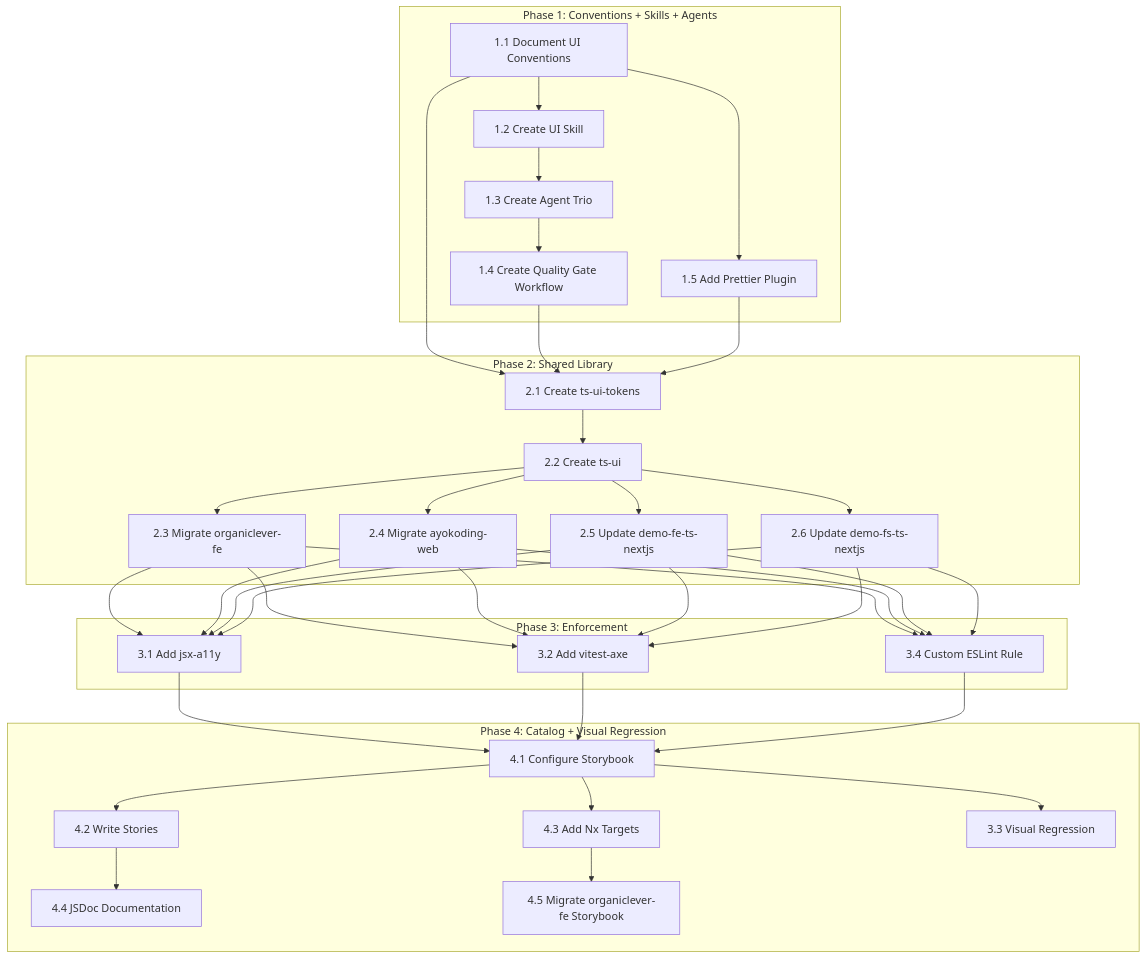
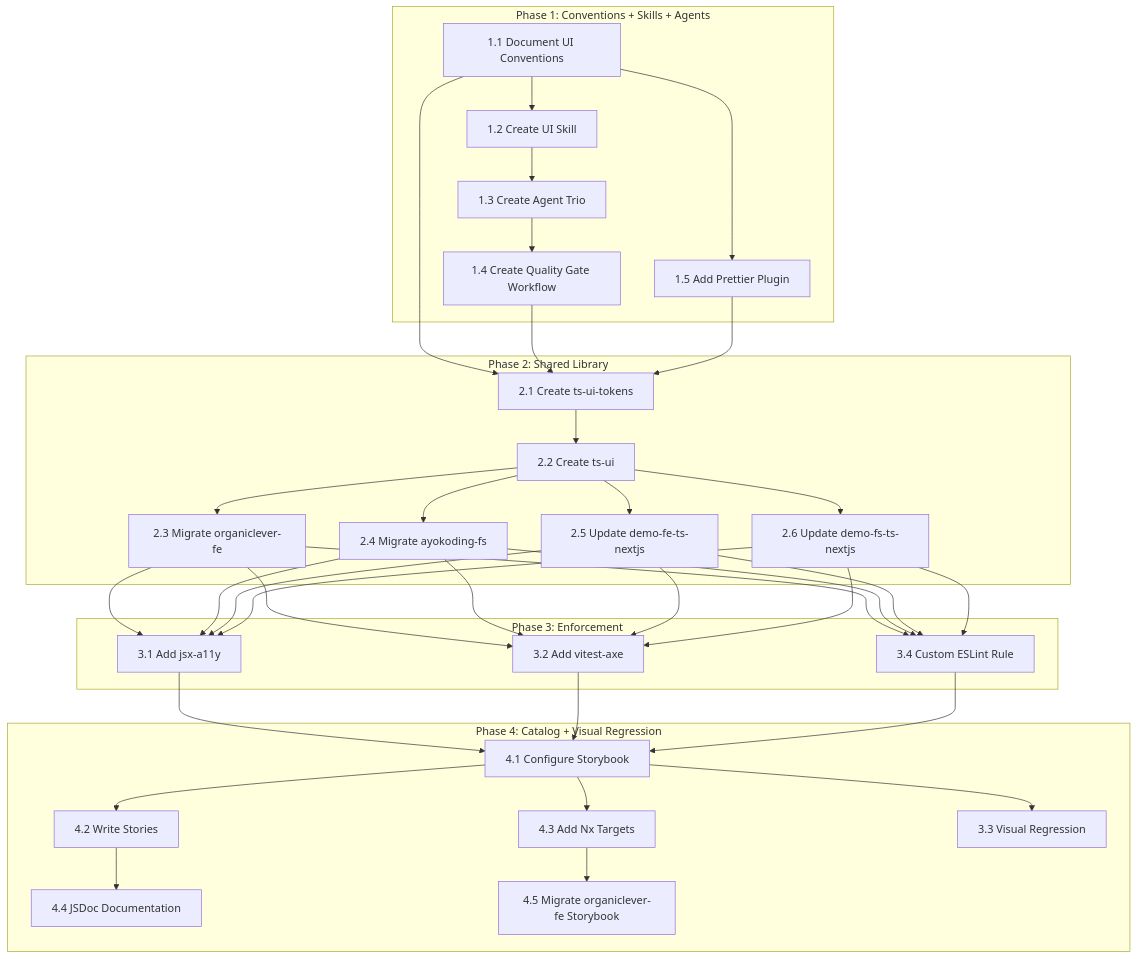
The diagram in plans/done/2026-03-27__ui-development-improvement/delivery.md (wahidyankf/open-sharia-enterprise), drawn with Mermaid before and after one commit. The commit also changed other lines of this file and 1809 other files, not shown here.

First line of the commit message:
refactor(apps): rename ayokoding-web to ayokoding-fs and oseplatform-web to oseplatform-fs

````diff
--- a/plans/done/2026-03-27__ui-development-improvement/delivery.md
+++ b/plans/done/2026-03-27__ui-development-improvement/delivery.md
@@ -382,54 +382,54 @@
 ```mermaid
 flowchart TD
   subgraph Phase1[Phase 1: Conventions + Skills + Agents]
     A[1.1 Document UI Conventions]
     B[1.2 Create UI Skill]
     C[1.3 Create Agent Trio]
     D[1.4 Create Quality Gate Workflow]
     D2[1.5 Add Prettier Plugin]
     A --> B
     A --> D2
     B --> C
     C --> D
   end
 
   subgraph Phase2[Phase 2: Shared Library]
     E[2.1 Create ts-ui-tokens]
     F[2.2 Create ts-ui]
     G[2.3 Migrate organiclever-fe]
-    H[2.4 Migrate ayokoding-web]
+    H[2.4 Migrate ayokoding-fs]
     I[2.5 Update demo-fe-ts-nextjs]
     J[2.6 Update demo-fs-ts-nextjs]
     E --> F
     F --> G
     F --> H
     F --> I
     F --> J
   end
 
   subgraph Phase3[Phase 3: Enforcement]
     K[3.1 Add jsx-a11y]
     L[3.2 Add vitest-axe]
     N[3.4 Custom ESLint Rule]
   end
 
   subgraph Phase4[Phase 4: Catalog + Visual Regression]
     O[4.1 Configure Storybook]
     P[4.2 Write Stories]
     Q[4.3 Add Nx Targets]
     R[4.4 JSDoc Documentation]
     S[4.5 Migrate organiclever-fe Storybook]
     M[3.3 Visual Regression]
     O --> P
     O --> Q
     O --> M
     P --> R
     Q --> S
   end
 
   A & D & D2 --> E
   G & H & I & J --> K
   G & H & I & J --> L
   G & H & I & J --> N
   K & L & N --> O
 ```
````
